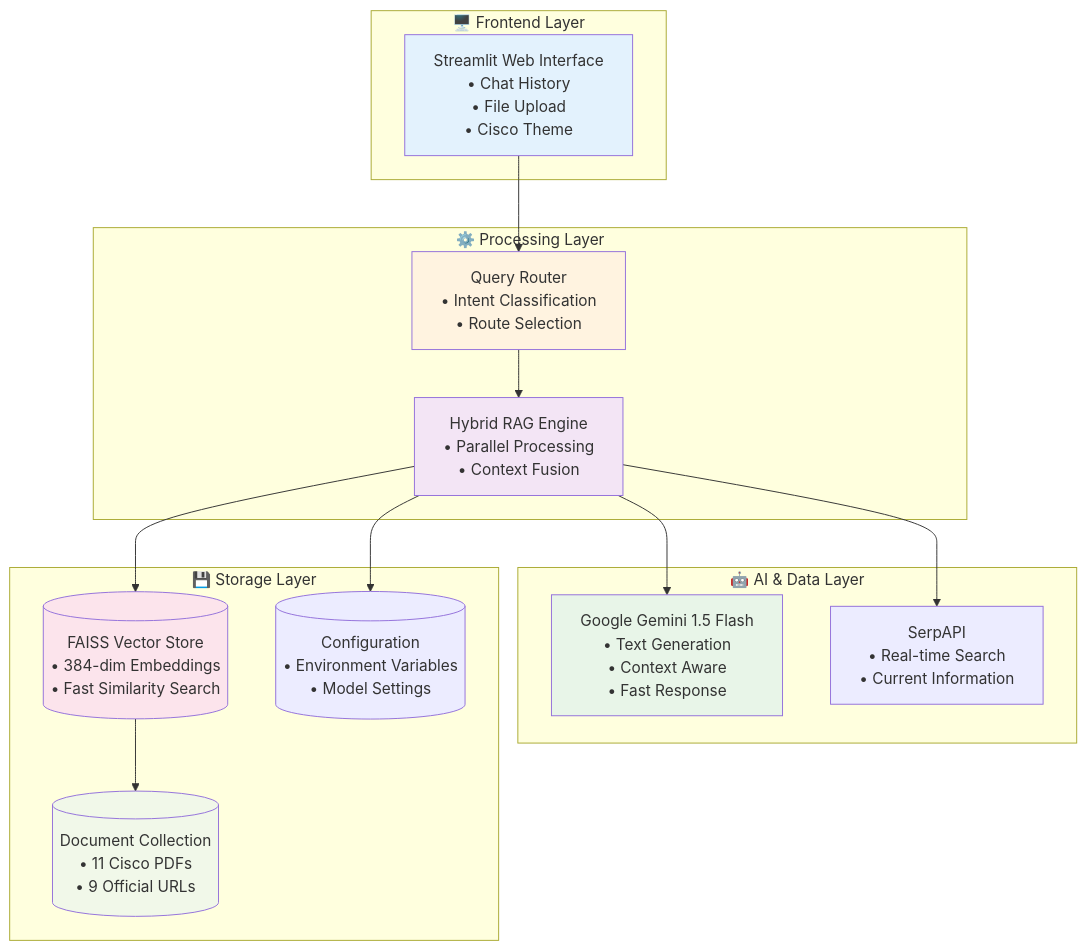
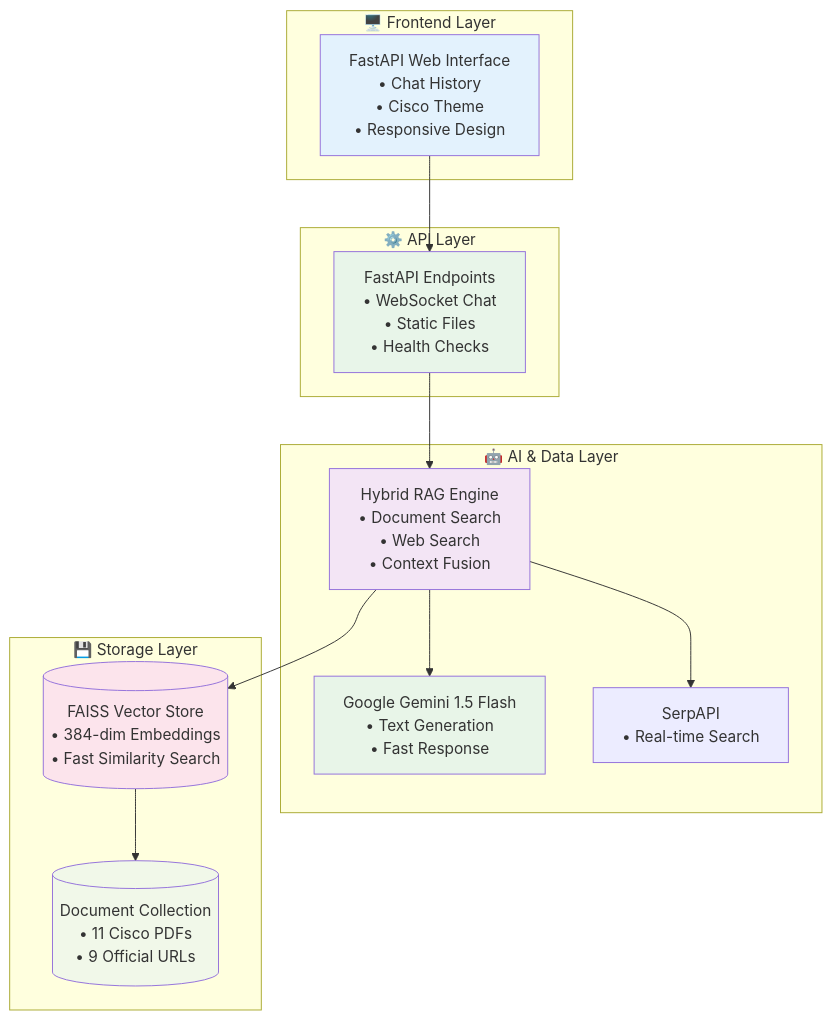
One commit to xanderstevenson/cisco-automation-certification-station changed the second of 2 diagrams in README.md. Above: the diagram before and after it, drawn with Mermaid. The commit also changed other lines of this file, not shown here.

````diff
--- a/README.md
+++ b/README.md
@@ -84,37 +88,35 @@
 ```mermaid
 graph TB
     subgraph "🖥️ Frontend Layer"
-        UI[Streamlit Web Interface<br/>• Chat History<br/>• File Upload<br/>• Cisco Theme]
+        UI[FastAPI Web Interface<br/>• Chat History<br/>• Cisco Theme<br/>• Responsive Design]
     end
     
-    subgraph "⚙️ Processing Layer"
-        ROUTER[Query Router<br/>• Intent Classification<br/>• Route Selection]
-        RAG[Hybrid RAG Engine<br/>• Parallel Processing<br/>• Context Fusion]
+    subgraph "⚙️ API Layer"
+        API[FastAPI Endpoints<br/>• WebSocket Chat<br/>• Static Files<br/>• Health Checks]
     end
     
     subgraph "🤖 AI & Data Layer"
-        GEMINI[Google Gemini 1.5 Flash<br/>• Text Generation<br/>• Context Aware<br/>• Fast Response]
-        SERP[SerpAPI<br/>• Real-time Search<br/>• Current Information]
+        RAG[Hybrid RAG Engine<br/>• Document Search<br/>• Web Search<br/>• Context Fusion]
+        GEMINI[Google Gemini 1.5 Flash<br/>• Text Generation<br/>• Fast Response]
+        SERP[SerpAPI<br/>• Real-time Search]
     end
     
     subgraph "💾 Storage Layer"
         VECTOR[(FAISS Vector Store<br/>• 384-dim Embeddings<br/>• Fast Similarity Search)]
         DOCS[(Document Collection<br/>• 11 Cisco PDFs<br/>• 9 Official URLs)]
-        CONFIG[(Configuration<br/>• Environment Variables<br/>• Model Settings)]
     end
     
-    UI --> ROUTER
-    ROUTER --> RAG
+    UI --> API
+    API --> RAG
     RAG --> GEMINI
     RAG --> SERP
     RAG --> VECTOR
     VECTOR --> DOCS
-    RAG --> CONFIG
     
     style UI fill:#e3f2fd
-    style ROUTER fill:#fff3e0
+    style API fill:#e8f5e9
     style RAG fill:#f3e5f5
     style GEMINI fill:#e8f5e8
     style VECTOR fill:#fce4ec
     style DOCS fill:#f1f8e9
 ```
````
